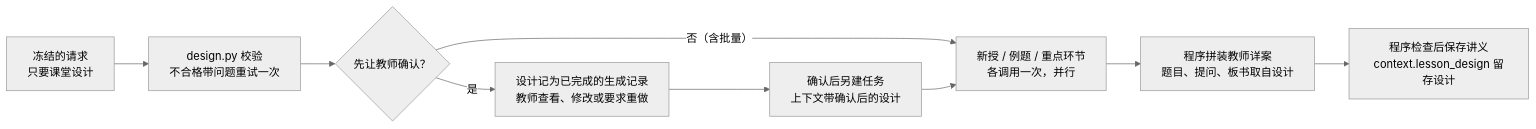
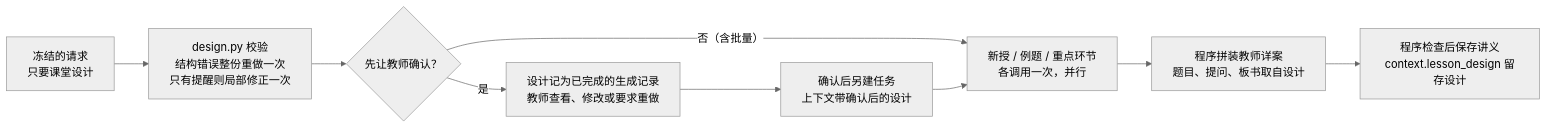
Before and after one commit to qweasdqwe11113-crypto/Personalized-lecture-notes: the third of 7 diagrams in project_map.md, drawn with Mermaid (neutral theme). The commit also changed other lines of this file and 61 other files, not shown here.

````diff
--- a/project_map.md
+++ b/project_map.md
@@ -153,11 +158,11 @@
 ```mermaid
 flowchart LR
-    R["冻结的请求<br/>只要课堂设计"] --> D["design.py 校验<br/>不合格带问题重试一次"]
+    R["冻结的请求<br/>只要课堂设计"] --> D["design.py 校验<br/>结构错误整份重做一次<br/>只有提醒则局部修正一次"]
     D --> S{"先让教师确认？"}
     S -->|是| C["设计记为已完成的生成记录<br/>教师查看、修改或要求重做"]
     C --> E["确认后另建任务<br/>上下文带确认后的设计"]
     S -->|否（含批量）| W
     E --> W["新授 / 例题 / 重点环节<br/>各调用一次，并行"]
     W --> A["程序拼装教师详案<br/>题目、提问、板书取自设计"]
     A --> Q["程序检查后保存讲义<br/>context.lesson_design 留存设计"]
 ```
````
